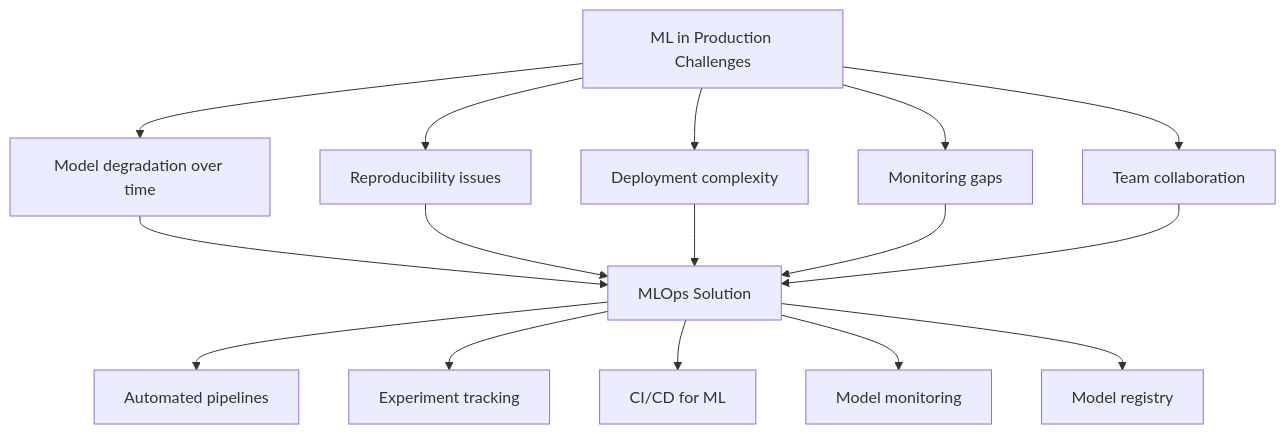
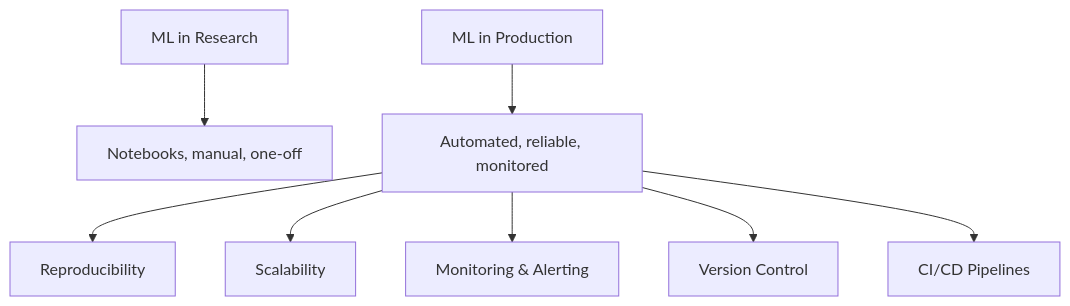
The first of 3 diagrams in src/ml/mlops/README.md (vanos001/placement_prep), drawn with Mermaid before and after one commit. The commit also changed other lines of this file and 20 other files, not shown here.

````diff
--- a/src/ml/mlops/README.md
+++ b/src/ml/mlops/README.md
@@ -9,21 +9,10 @@
 ```mermaid
 graph TD
-    PROBLEM[ML in Production Challenges]
-    PROBLEM --> P1[Model degradation over time]
-    PROBLEM --> P2[Reproducibility issues]
-    PROBLEM --> P3[Deployment complexity]
-    PROBLEM --> P4[Monitoring gaps]
-    PROBLEM --> P5[Team collaboration]
-    
-    P1 --> MLOPS[MLOps Solution]
-    P2 --> MLOPS
-    P3 --> MLOPS
-    P4 --> MLOPS
-    P5 --> MLOPS
-    
-    MLOPS --> S1[Automated pipelines]
-    MLOPS --> S2[Experiment tracking]
-    MLOPS --> S3[CI/CD for ML]
-    MLOPS --> S4[Model monitoring]
-    MLOPS --> S5[Model registry]
+    A[ML in Research] --> B[Notebooks, manual, one-off]
+    C[ML in Production] --> D[Automated, reliable, monitored]
+    D --> E[Reproducibility]
+    D --> F[Scalability]
+    D --> G[Monitoring & Alerting]
+    D --> H[Version Control]
+    D --> I[CI/CD Pipelines]
 ```
````
